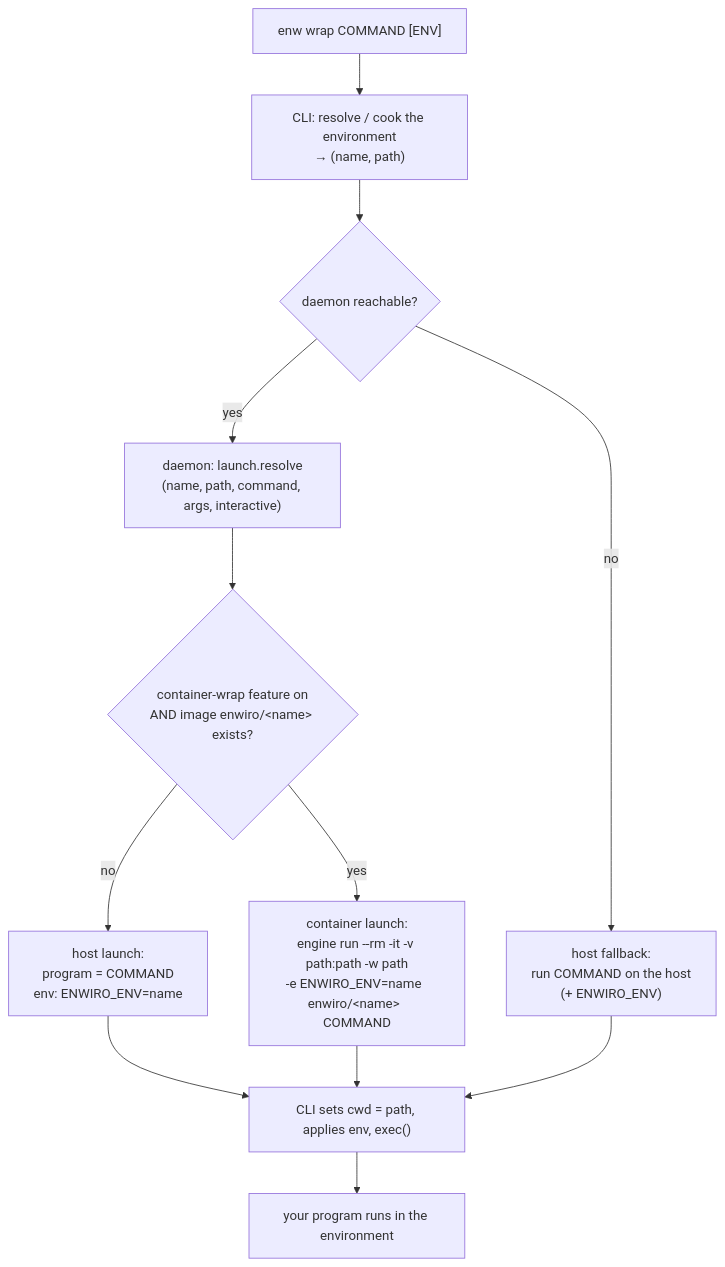
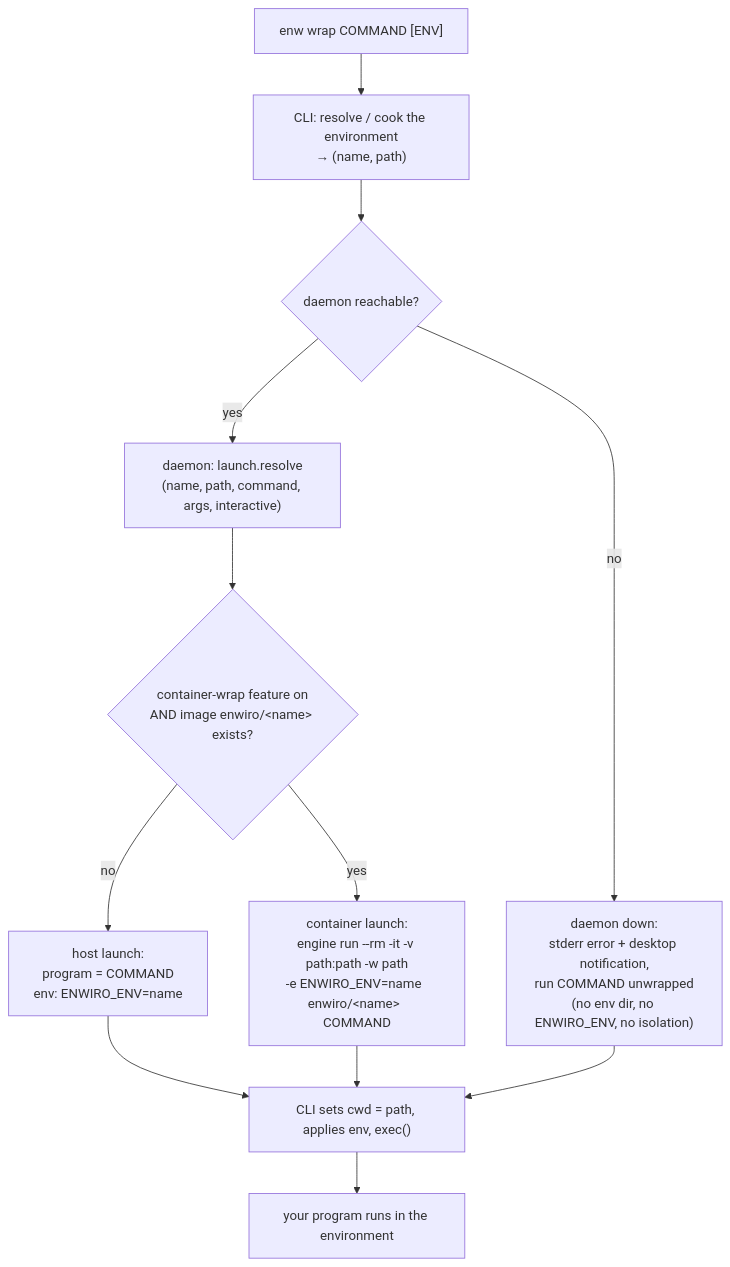
The diagram in docs/src/content/docs/launching-apps.md (kantord/enwiro), drawn with Mermaid before and after one commit. The commit also changed other lines of this file and 4 other files, not shown here.

````diff
--- a/docs/src/content/docs/launching-apps.md
+++ b/docs/src/content/docs/launching-apps.md
@@ -33,14 +33,14 @@
 ```mermaid
 flowchart TD
     A["enw wrap COMMAND [ENV]"] --> B["CLI: resolve / cook the environment<br/>→ (name, path)"]
     B --> C{"daemon reachable?"}
-    C -- "no" --> H["host fallback:<br/>run COMMAND on the host<br/>(+ ENWIRO_ENV)"]
+    C -- "no" --> H["daemon down:<br/>stderr error + desktop notification,<br/>run COMMAND unwrapped<br/>(no env dir, no ENWIRO_ENV, no isolation)"]
     C -- "yes" --> D["daemon: launch.resolve<br/>(name, path, command, args, interactive)"]
     D --> E{"container-wrap feature on<br/>AND image enwiro/&lt;name&gt; exists?"}
     E -- "no" --> F["host launch:<br/>program = COMMAND<br/>env: ENWIRO_ENV=name"]
     E -- "yes" --> G["container launch:<br/>engine run --rm -it -v path:path -w path<br/>-e ENWIRO_ENV=name  enwiro/&lt;name&gt;  COMMAND"]
     F --> X["CLI sets cwd = path, applies env, exec()"]
     G --> X
     H --> X
     X --> Z["your program runs in the environment"]
 ```
````
